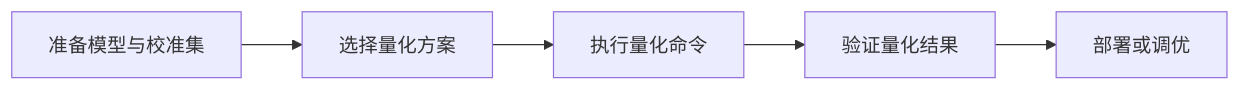
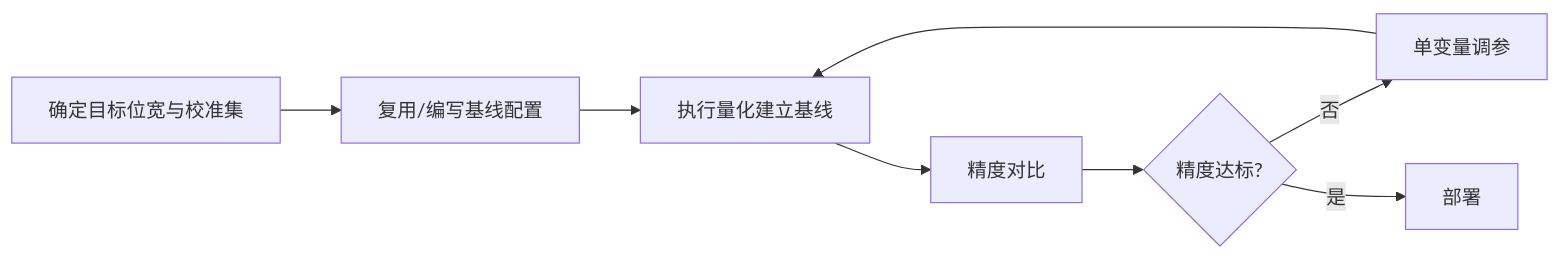
Before and after one commit to mindstudio-docs/master: the diagram in msmodelslim/docs/zh/knowledge_base/ptq/llm/usage_large_language_model_quantization.md, drawn with Mermaid. The commit also changed other lines of this file and 107 other files, not shown here.

````diff
--- a/msmodelslim/docs/zh/knowledge_base/ptq/llm/usage_large_language_model_quantization.md
+++ b/msmodelslim/docs/zh/knowledge_base/ptq/llm/usage_large_language_model_quantization.md
@@ -38,7 +26,10 @@
 ```mermaid
 flowchart LR
-  A[准备模型与校准集] --> B[选择量化方案]
-  B --> C[执行量化命令]
-  C --> D[验证量化结果]
-  D --> E[部署或调优]
+    A[确定目标位宽与校准集] --> B[复用/编写基线配置]
+    B --> C[执行量化建立基线]
+    C --> D[精度对比]
+    D --> E{精度达标?}
+    E -- 否 --> F[单变量调参]
+    F --> C
+    E -- 是 --> G[部署]
 ```
````
